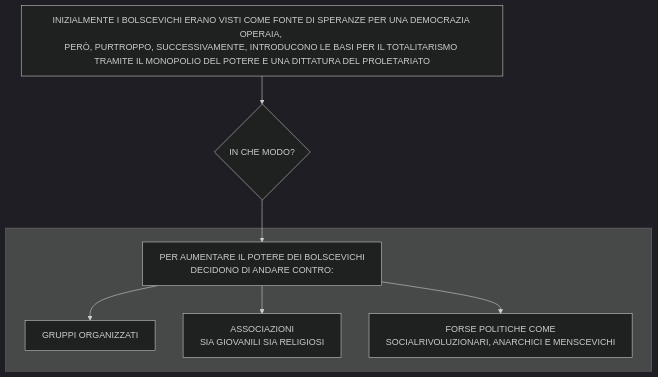
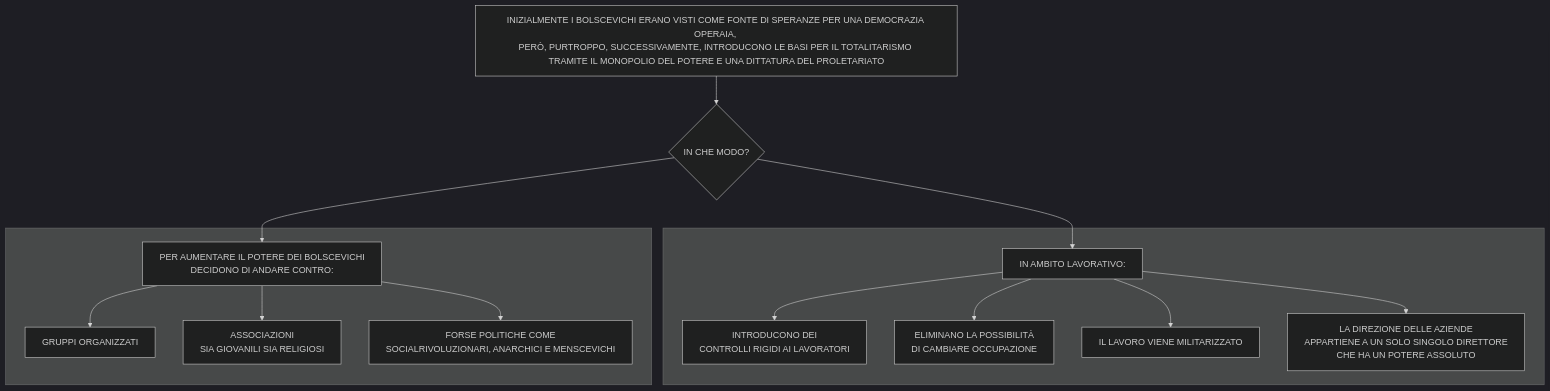
Diagram 14 of 14 in stalinismoRiscrittura.md (Laaouatni/ricerca-storia-MermaidJS), drawn with Mermaid (dark theme) before and after one commit.

````diff
--- a/stalinismoRiscrittura.md
+++ b/stalinismoRiscrittura.md
@@ -277,14 +277,22 @@
 ```mermaid
 %%{init: { "flowchart": { "wrappingWidth": 800 } }}%%
 flowchart TB
   0[INIZIALMENTE I BOLSCEVICHI ERANO VISTI COME FONTE DI SPERANZE PER UNA DEMOCRAZIA OPERAIA, <br>PERÒ, PURTROPPO, SUCCESSIVAMENTE, INTRODUCONO LE BASI PER IL TOTALITARISMO <br>TRAMITE IL MONOPOLIO DEL POTERE E UNA DITTATURA DEL PROLETARIATO]
   1{IN CHE MODO?}
-  0 --> 1 --> 20
+  0 --> 1 --> 20 & 30
   subgraph 2[" "]
     20[PER AUMENTARE IL POTERE DEI BOLSCEVICHI<BR>DECIDONO DI ANDARE CONTRO:]
     21[GRUPPI ORGANIZZATI]
     22[ASSOCIAZIONI <br>SIA GIOVANILI SIA RELIGIOSI]
     23[FORSE POLITICHE COME <br>SOCIALRIVOLUZIONARI, ANARCHICI E MENSCEVICHI]
     20 --> 21 & 22 & 23
   end
+  subgraph 3[" "]
+    30[IN AMBITO LAVORATIVO:]
+    31[INTRODUCONO DEI <BR>CONTROLLI RIGIDI AI LAVORATORI]
+    32[ELIMINANO LA POSSIBILITÀ <BR> DI CAMBIARE OCCUPAZIONE]
+    33[IL LAVORO VIENE MILITARIZZATO]
+    34[LA DIREZIONE DELLE AZIENDE <br> APPARTIENE A UN SOLO SINGOLO DIRETTORE <br> CHE HA UN POTERE ASSOLUTO]
+    30 --> 31 & 32 & 33 & 34
+  end
 ```
````
